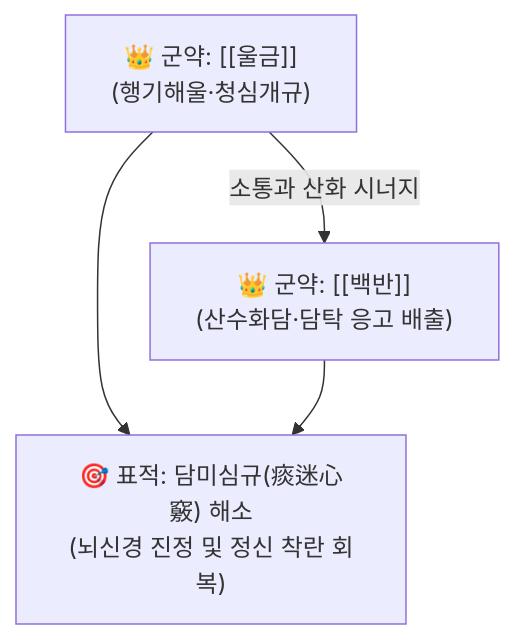
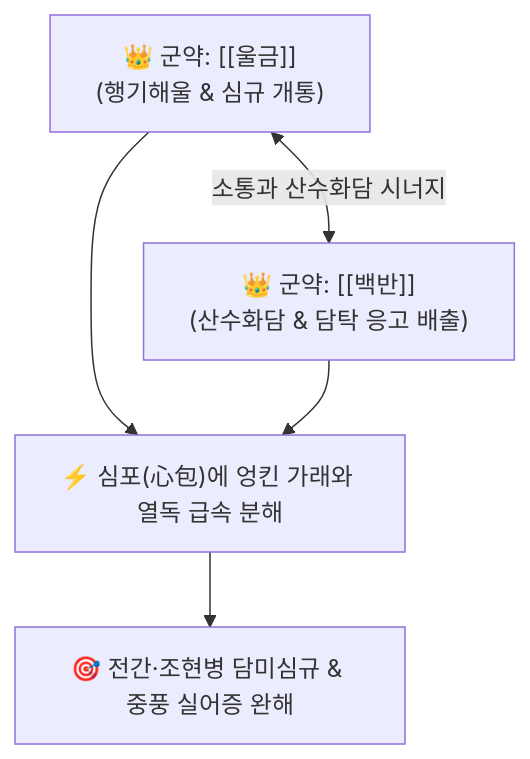
One commit to simbio11/simbio-digital-garden2 changed the diagram in content/2. 약리 공부/처방/08_치풍·안신·개규제/백금환.md. Above: the diagram before and after it, drawn with Mermaid. The commit also changed other lines of this file and 799 other files, not shown here.

````diff
--- a/content/2. 약리 공부/처방/08_치풍·안신·개규제/백금환.md
+++ b/content/2. 약리 공부/처방/08_치풍·안신·개규제/백금환.md
@@ -35,6 +39,6 @@
 ```mermaid
 graph TD
-    Gun1["👑 군약: [[울금]]<br>(행기해울·청심개규)"] -->|소통과 산화 시너지| Gun2["👑 군약: [[백반]]<br>(산수화담·담탁 응고 배출)"]
-    Gun1 --> Target["🎯 표적: 담미심규(痰迷心竅) 해소<br>(뇌신경 진정 및 정신 착란 회복)"]
-    Gun2 --> Target
+    UG["👑 군약: [[울금]]<br>(행기해울 & 심규 개통)"] <-->|소통과 산수화담 시너지| BB["👑 군약: [[백반]]<br>(산수화담 & 담탁 응고 배출)"]
+    UG & BB --> OPEN["⚡ 심포(心包)에 엉킨 가래와 열독 급속 분해"]
+    OPEN --> TOTAL["🎯 전간·조현병 담미심규 & 중풍 실어증 완해"]
 ```
````
